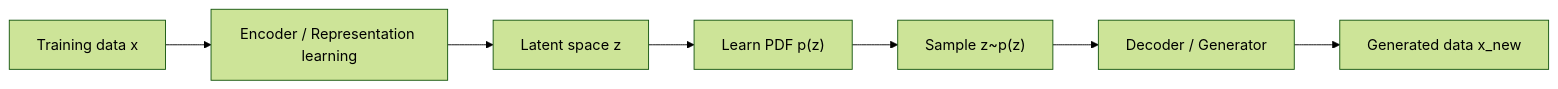
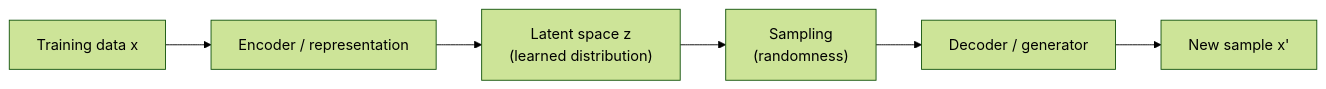
One commit to Traenqui/bsc-informatik-fh-ost changed the fourth of 4 diagrams in generative-ai/notes/01-intro.md. Above: the diagram before and after it, drawn with Mermaid (forest theme). The commit also changed other lines of this file and 12 other files, not shown here.

````diff
--- a/generative-ai/notes/01-intro.md
+++ b/generative-ai/notes/01-intro.md
@@ -268,9 +328,8 @@
 ```mermaid
 flowchart LR
-  X[Training data x] --> ENC[Encoder / Representation learning]
-  ENC --> Z[Latent space z]
-  Z --> PDF["Learn PDF p(z)"]
-  PDF --> SAMPLE["Sample z~p(z)"]
-  SAMPLE --> DEC[Decoder / Generator]
-  DEC --> XNEW[Generated data x_new]
+  X[Training data x] --> Enc[Encoder / representation]
+  Enc --> Z["Latent space z\n(learned distribution)"]
+  Z --> Samp["Sampling\n(randomness)"]
+  Samp --> Dec[Decoder / generator]
+  Dec --> Xnew[New sample x']
 ```
````
